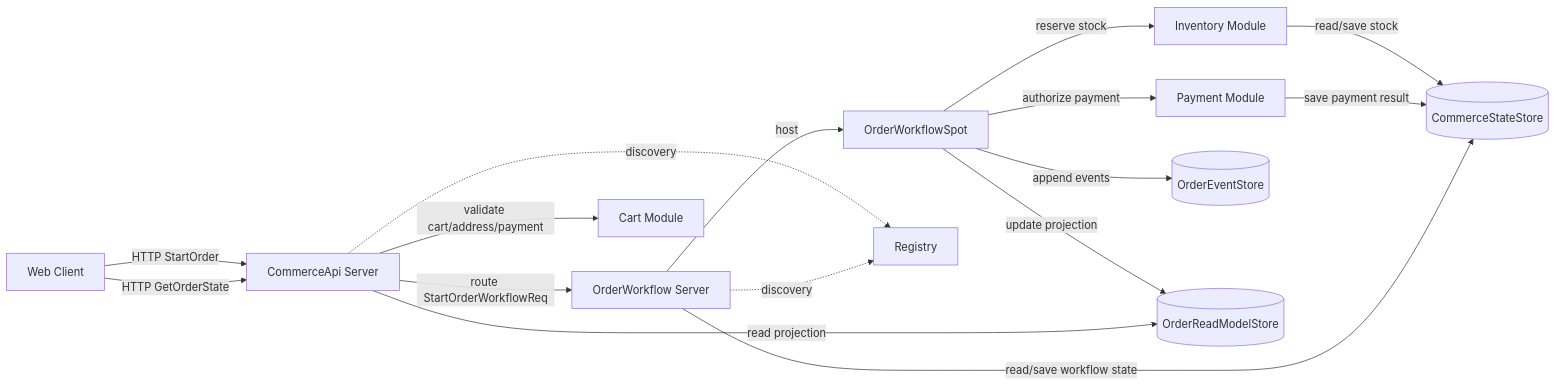
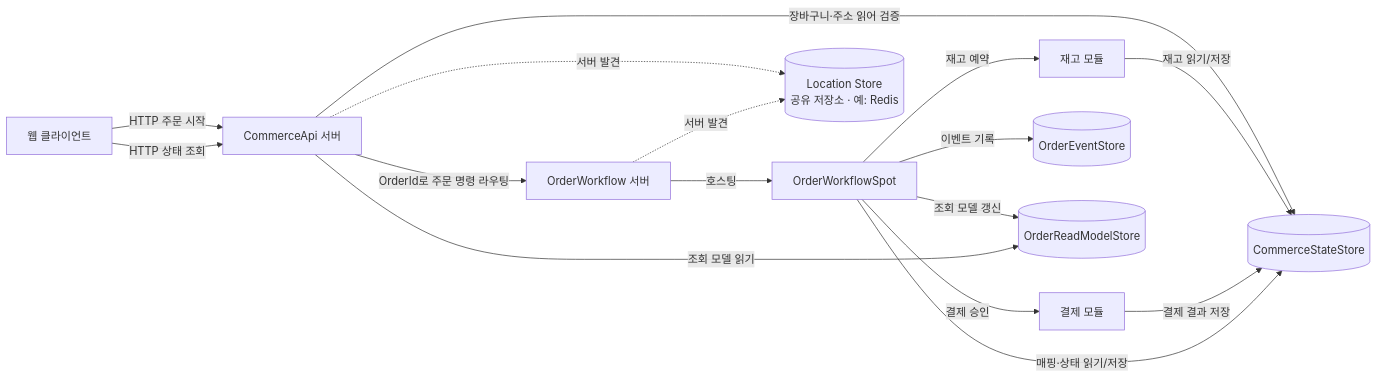
The third of 5 diagrams in framework/doc/framework/common/sample/event/shoppingmall.ko.md (kairos-code-dev/zlink), drawn with Mermaid before and after one commit. The commit also changed other lines of this file and 1 other file, not shown here.

````diff
--- a/framework/doc/framework/common/sample/event/shoppingmall.ko.md
+++ b/framework/doc/framework/common/sample/event/shoppingmall.ko.md
@@ -32,30 +238,29 @@
 ```mermaid
 graph LR
-    C[Web Client]
-    API[CommerceApi Server]
-    OW[OrderWorkflow Server]
-    CART[Cart Module]
-    INV[Inventory Module]
-    PAY[Payment Module]
+    C[웹 클라이언트]
+    API[CommerceApi 서버]
+    OW[OrderWorkflow 서버]
+    INV[재고 모듈]
+    PAY[결제 모듈]
     SPOT[OrderWorkflowSpot]
     ES[(OrderEventStore)]
     RS[(OrderReadModelStore)]
     CS[(CommerceStateStore)]
-    R[Registry]
+    LS[("Location Store<br/>공유 저장소 · 예: Redis")]
 
-    C -->|HTTP StartOrder| API
-    C -->|HTTP GetOrderState| API
-    API -->|validate cart/address/payment| CART
-    API -->|route StartOrderWorkflowReq| OW
-    OW -->|host| SPOT
-    SPOT -->|append events| ES
-    SPOT -->|update projection| RS
-    SPOT -->|reserve stock| INV
-    SPOT -->|authorize payment| PAY
-    INV -->|read/save stock| CS
-    PAY -->|save payment result| CS
-    API -->|read projection| RS
-    OW -->|read/save workflow state| CS
-    API -. discovery .-> R
-    OW -. discovery .-> R
+    C -->|HTTP 주문 시작| API
+    C -->|HTTP 상태 조회| API
+    API -->|장바구니·주소 읽어 검증| CS
+    API -->|OrderId로 주문 명령 라우팅| OW
+    OW -->|호스팅| SPOT
+    SPOT -->|이벤트 기록| ES
+    SPOT -->|조회 모델 갱신| RS
+    SPOT -->|재고 예약| INV
+    SPOT -->|결제 승인| PAY
+    INV -->|재고 읽기/저장| CS
+    PAY -->|결제 결과 저장| CS
+    API -->|조회 모델 읽기| RS
+    SPOT -->|매핑·상태 읽기/저장| CS
+    API -. 서버 발견 .-> LS
+    OW -. 서버 발견 .-> LS
 ```
````
